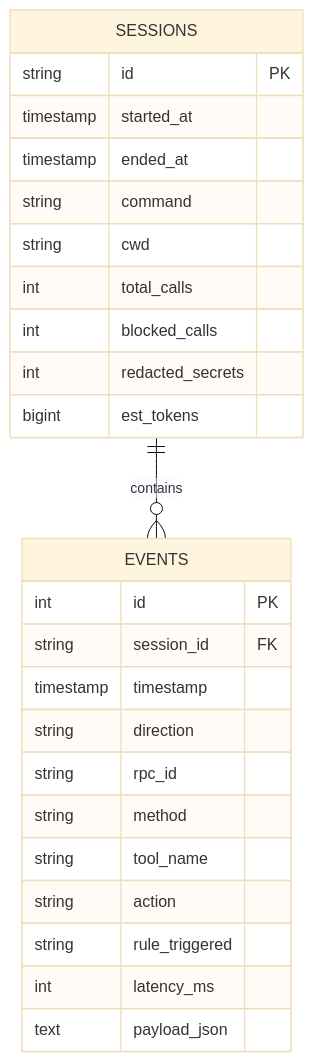
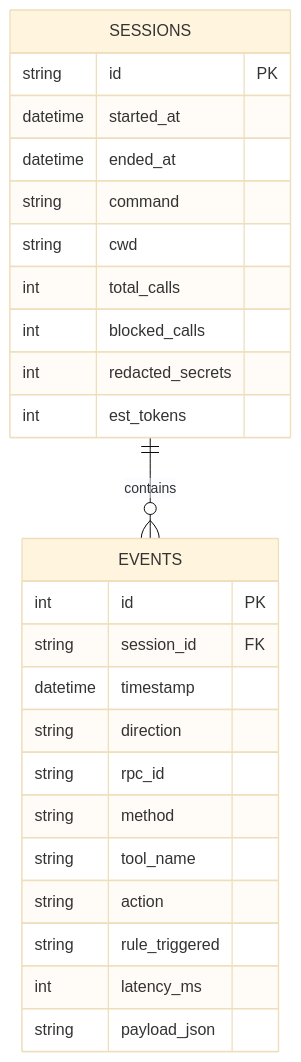
Before and after one commit to smford/mcp-jail: the diagram in docs/flight-recorder.md, drawn with Mermaid (base theme). The commit also changed other lines of this file and 3 other files, not shown here.

````diff
--- a/docs/flight-recorder.md
+++ b/docs/flight-recorder.md
@@ -18,28 +18,28 @@
 ```mermaid
 erDiagram
     SESSIONS ||--o{ EVENTS : contains
     SESSIONS {
         string id PK
-        timestamp started_at
-        timestamp ended_at
+        datetime started_at
+        datetime ended_at
         string command
         string cwd
         int total_calls
         int blocked_calls
         int redacted_secrets
-        bigint est_tokens
+        int est_tokens
     }
     EVENTS {
         int id PK
         string session_id FK
-        timestamp timestamp
+        datetime timestamp
         string direction
         string rpc_id
         string method
         string tool_name
         string action
         string rule_triggered
         int latency_ms
-        text payload_json
+        string payload_json
     }
 ```
````
